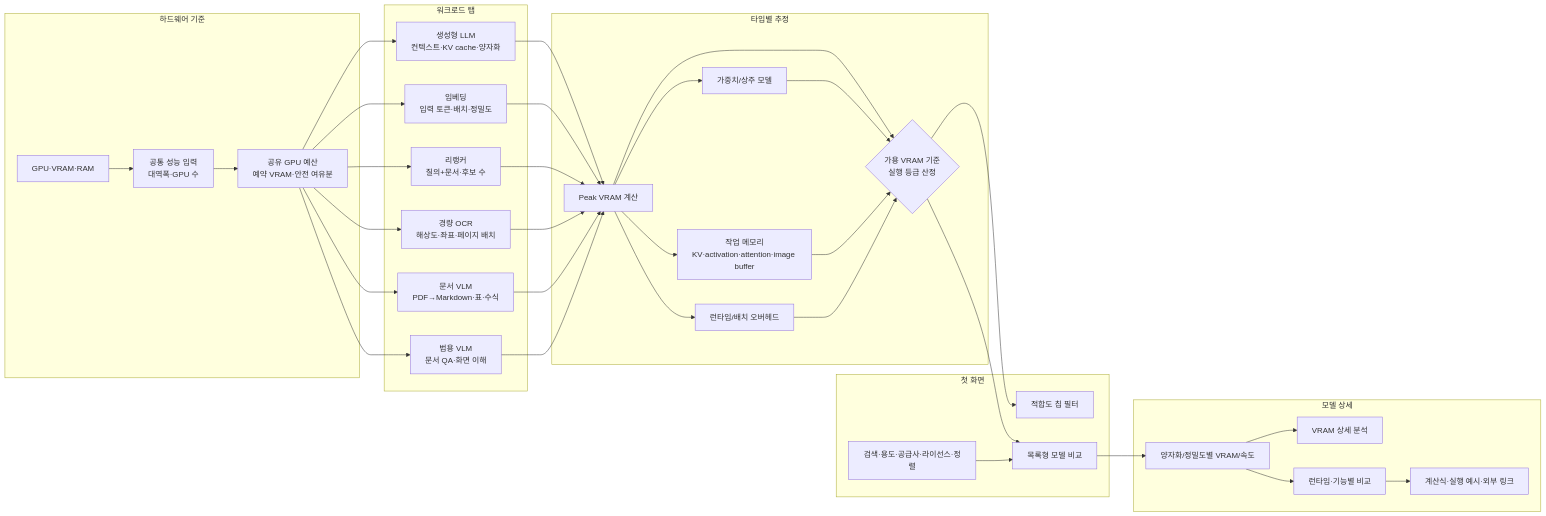
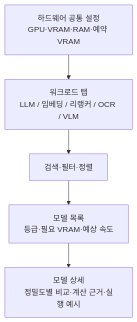
Before and after one commit to jaeseok614/llm-gpu-checker-ko: the second of 5 diagrams in README.md, drawn with Mermaid. The commit also changed other lines of this file and 1 other file, not shown here.

Commit message:
Improve README diagram readability

````diff
--- a/README.md
+++ b/README.md
@@ -96,67 +102,10 @@
 ```mermaid
-flowchart LR
-  subgraph Hardware[하드웨어 기준]
-    A[GPU·VRAM·RAM]
-    B[공통 성능 입력<br/>대역폭·GPU 수]
-    C[공유 GPU 예산<br/>예약 VRAM·안전 여유분]
-  end
+flowchart TB
+  A["하드웨어 공통 설정<br/>GPU·VRAM·RAM·예약 VRAM"]
+  B["워크로드 탭<br/>LLM / 임베딩 / 리랭커 / OCR / VLM"]
+  C["검색·필터·정렬"]
+  D["모델 목록<br/>등급·필요 VRAM·예상 속도"]
+  E["모델 상세<br/>정밀도별 비교·계산 근거·실행 예시"]
 
-  subgraph Workload[워크로드 탭]
-    W1[생성형 LLM<br/>컨텍스트·KV cache·양자화]
-    W2[임베딩<br/>입력 토큰·배치·정밀도]
-    W3[리랭커<br/>질의+문서·후보 수]
-    W4[경량 OCR<br/>해상도·좌표·페이지 배치]
-    W5[문서 VLM<br/>PDF→Markdown·표·수식]
-    W6[범용 VLM<br/>문서 QA·화면 이해]
-  end
-
-  subgraph Estimate[타입별 추정]
-    H[Peak VRAM 계산]
-    I[가중치/상주 모델]
-    J[작업 메모리<br/>KV·activation·attention·image buffer]
-    K[런타임/배치 오버헤드]
-    L{가용 VRAM 기준<br/>실행 등급 산정}
-  end
-
-  subgraph List[첫 화면]
-    M[적합도 칩 필터]
-    N[목록형 모델 비교]
-    O[검색·용도·공급사·라이선스·정렬]
-  end
-
-  subgraph Detail[모델 상세]
-    P[양자화/정밀도별 VRAM/속도]
-    R[VRAM 상세 분석]
-    S[런타임·기능별 비교]
-    T[계산식·실행 예시·외부 링크]
-  end
-
-  A --> B
-  B --> C
-  C --> W1
-  C --> W2
-  C --> W3
-  C --> W4
-  C --> W5
-  C --> W6
-  W1 --> H
-  W2 --> H
-  W3 --> H
-  W4 --> H
-  W5 --> H
-  W6 --> H
-  H --> I
-  H --> J
-  H --> K
-  H --> L
-  I --> L
-  J --> L
-  K --> L
-  L --> M
-  L --> N
-  O --> N
-  N --> P
-  P --> R
-  P --> S
-  S --> T
+  A --> B --> C --> D --> E
 ```
````
